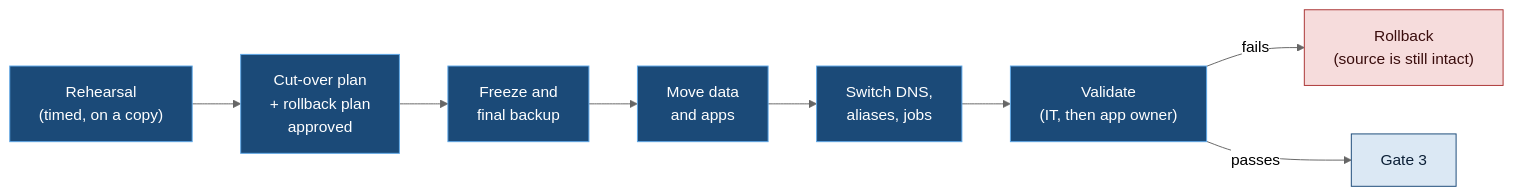
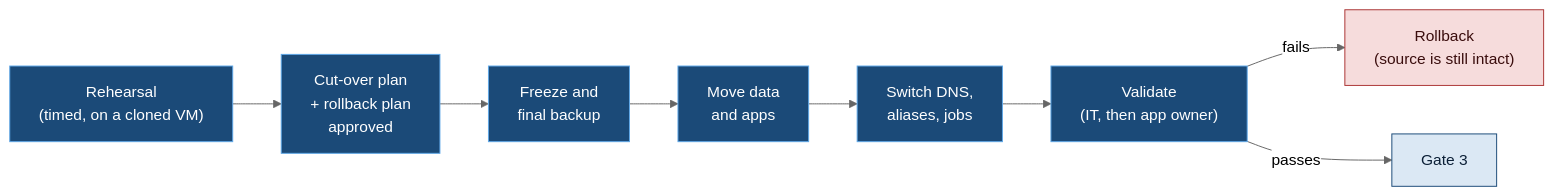
Before and after one commit to theoneakta/ansible: the sixth of 8 diagrams in migration-governance/README.md, drawn with Mermaid (neutral theme). The commit also changed other lines of this file and 2 other files, not shown here.

````diff
--- a/migration-governance/README.md
+++ b/migration-governance/README.md
@@ -802,13 +827,13 @@
 ```mermaid
 flowchart LR
-    A["Rehearsal<br/>(timed, on a copy)"] --> B["Cut-over plan<br/>+ rollback plan<br/>approved"] --> C["Freeze and<br/>final backup"] --> D["Move data<br/>and apps"] --> E["Switch DNS,<br/>aliases, jobs"] --> F["Validate<br/>(IT, then app owner)"]
+    A["Rehearsal<br/>(timed, on a cloned VM)"] --> B["Cut-over plan<br/>+ rollback plan<br/>approved"] --> C["Freeze and<br/>final backup"] --> D["Move data<br/>and apps"] --> E["Switch DNS,<br/>aliases, jobs"] --> F["Validate<br/>(IT, then app owner)"]
     F -- "fails" --> R["Rollback<br/>(source is still intact)"]
     F -- "passes" --> G["Gate 3"]
 
     classDef step fill:#1b4a78,stroke:#5fa8e8,color:#ffffff
     classDef bad fill:#f6dcdc,stroke:#a33,color:#3a0d0d
     classDef good fill:#dbe8f4,stroke:#1b4a78,color:#0b1f36
     class A,B,C,D,E,F step
     class R bad
     class G good
 ```
````
